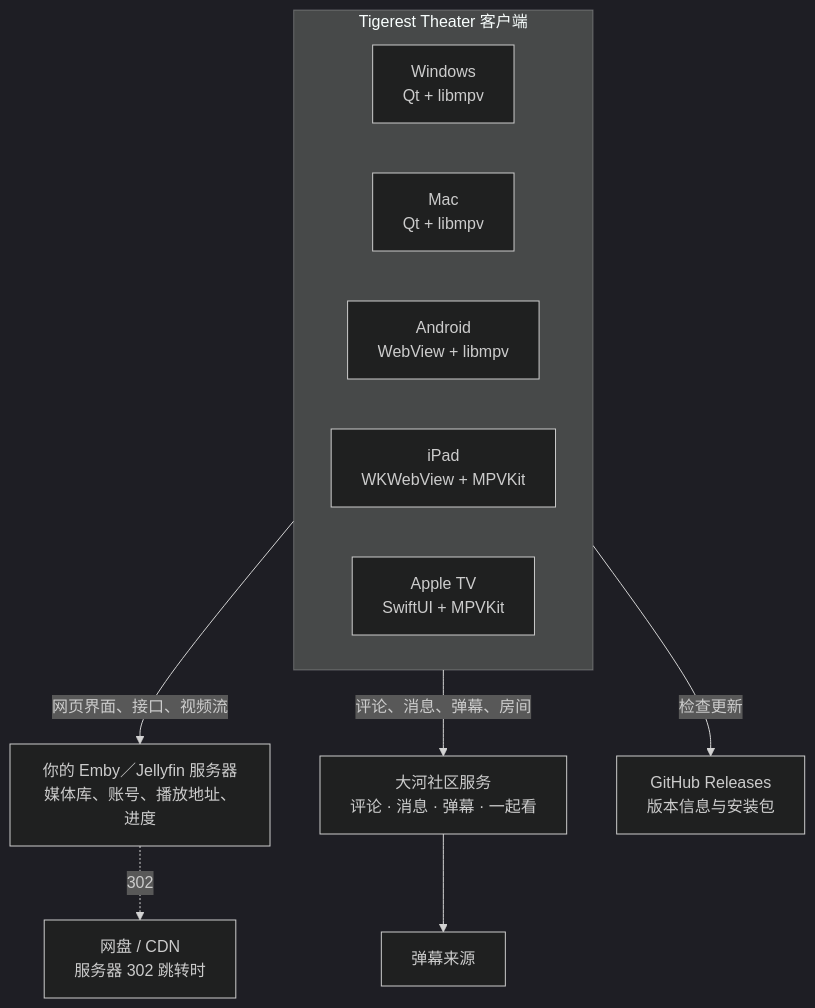
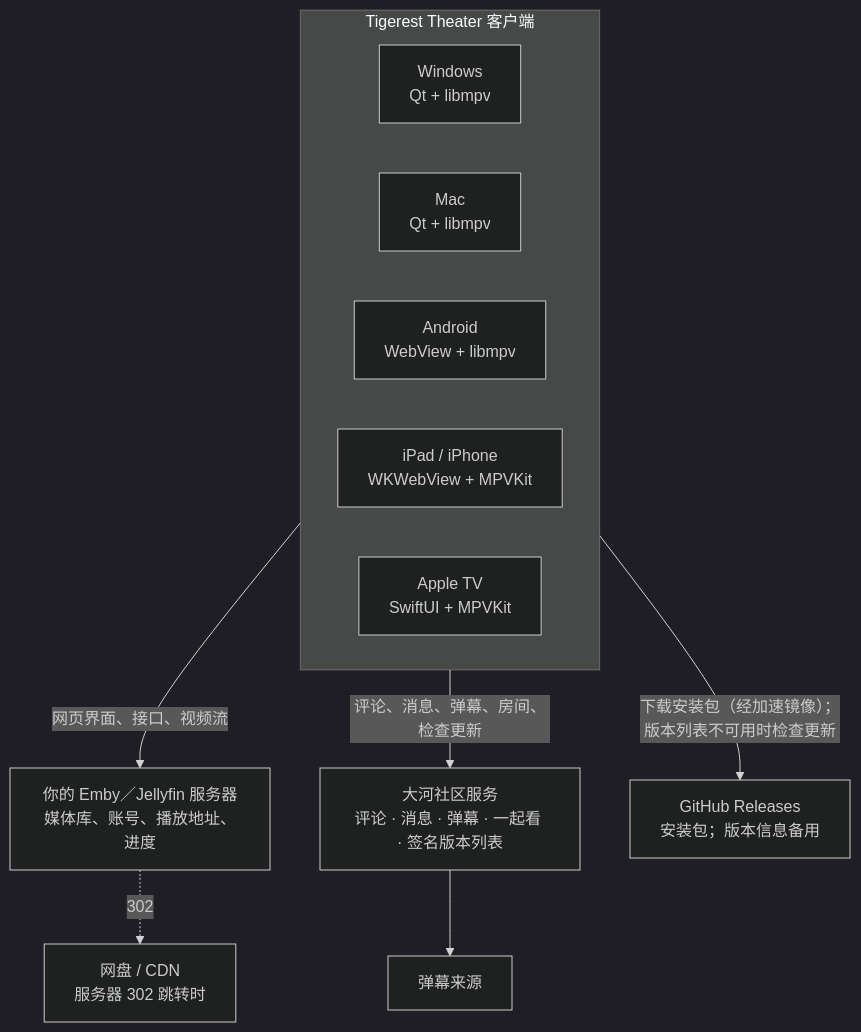
The first of 13 diagrams in docs/wiki/Architecture.md (Tigerest/Tigerest-Theater), drawn with Mermaid (dark theme) before and after one commit. The commit also changed other lines of this file and 15 other files, not shown here.

````diff
--- a/docs/wiki/Architecture.md
+++ b/docs/wiki/Architecture.md
@@ -7,20 +7,20 @@
 ```mermaid
 flowchart TB
   subgraph clients["Tigerest Theater 客户端"]
     W["Windows<br/>Qt + libmpv"]
     M["Mac<br/>Qt + libmpv"]
     A["Android<br/>WebView + libmpv"]
-    P["iPad<br/>WKWebView + MPVKit"]
+    P["iPad / iPhone<br/>WKWebView + MPVKit"]
     T["Apple TV<br/>SwiftUI + MPVKit"]
   end
   E["你的 Emby／Jellyfin 服务器<br/>媒体库、账号、播放地址、进度"]
-  S["大河社区服务<br/>评论 · 消息 · 弹幕 · 一起看"]
-  G["GitHub Releases<br/>版本信息与安装包"]
+  S["大河社区服务<br/>评论 · 消息 · 弹幕 · 一起看 · 签名版本列表"]
+  G["GitHub Releases<br/>安装包；版本信息备用"]
   CDN["网盘 / CDN<br/>服务器 302 跳转时"]
   D["弹幕来源"]
   clients -->|"网页界面、接口、视频流"| E
-  clients -->|"评论、消息、弹幕、房间"| S
-  clients -->|"检查更新"| G
+  clients -->|"评论、消息、弹幕、房间、检查更新"| S
+  clients -->|"下载安装包（经加速镜像）；版本列表不可用时检查更新"| G
   E -.->|"302"| CDN
   S --> D
 ```
````
